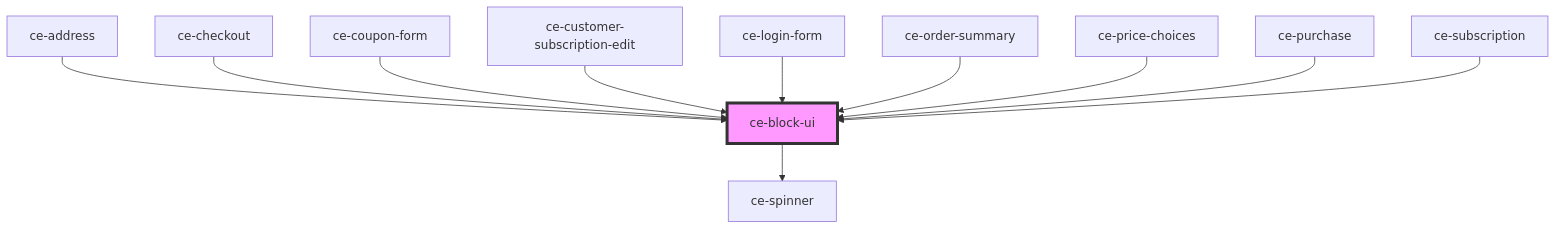
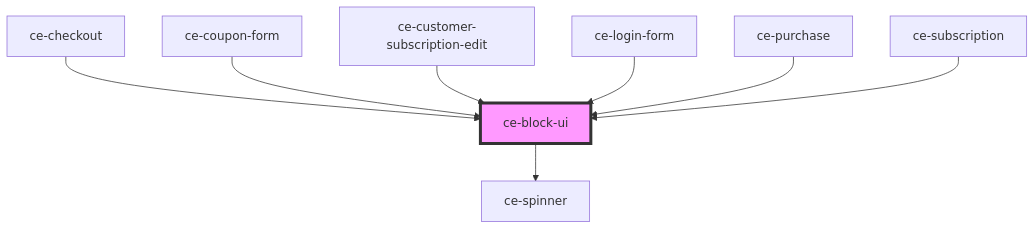
One commit to surecart/surecart-wp-plugin changed the diagram in packages/components/src/components/ui/block-ui/readme.md. Above: the diagram before and after it, drawn with Mermaid. The commit also changed other lines of this file and 48 other files, not shown here.

````diff
--- a/packages/components/src/components/ui/block-ui/readme.md
+++ b/packages/components/src/components/ui/block-ui/readme.md
@@ -36,14 +33,11 @@
 ```mermaid
 graph TD;
   ce-block-ui --> ce-spinner
-  ce-address --> ce-block-ui
   ce-checkout --> ce-block-ui
   ce-coupon-form --> ce-block-ui
   ce-customer-subscription-edit --> ce-block-ui
   ce-login-form --> ce-block-ui
-  ce-order-summary --> ce-block-ui
-  ce-price-choices --> ce-block-ui
   ce-purchase --> ce-block-ui
   ce-subscription --> ce-block-ui
   style ce-block-ui fill:#f9f,stroke:#333,stroke-width:4px
 ```
````
